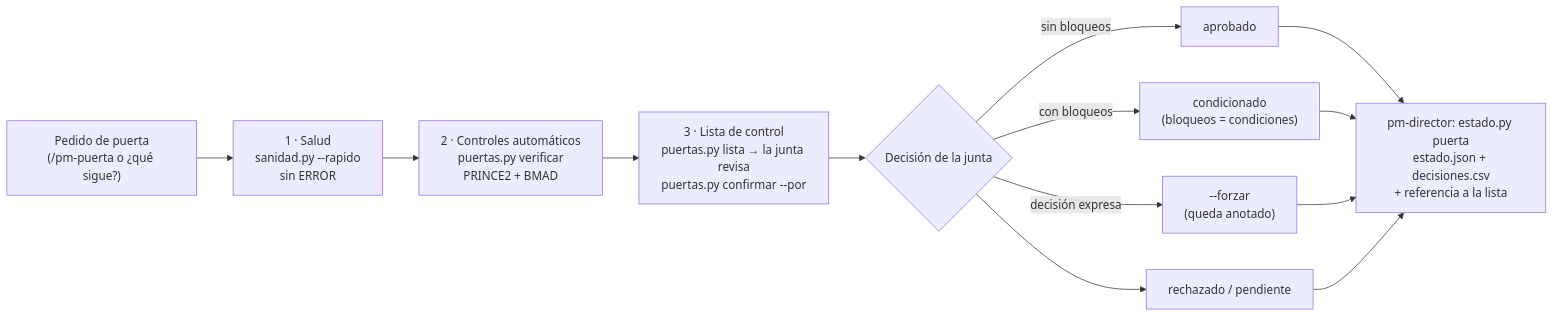
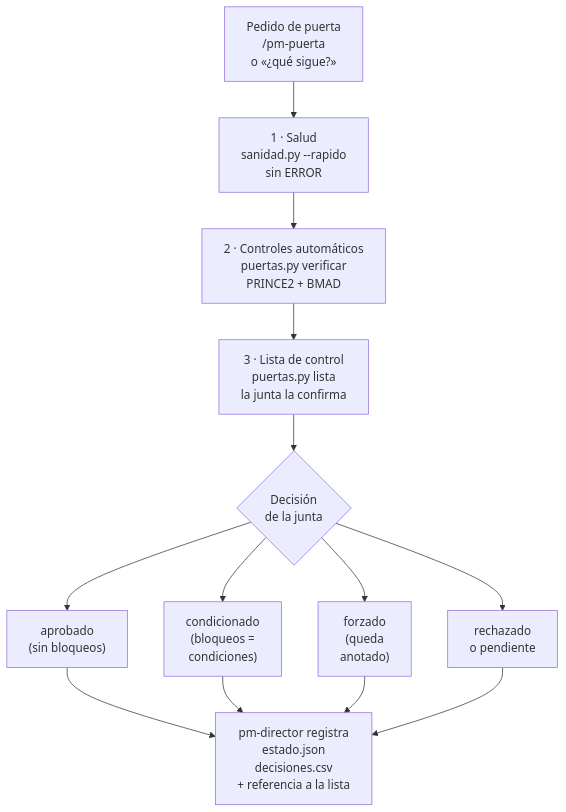
One commit to Arturo-Penas-Rial/pm-method changed the second of 2 diagrams in docs/PUERTAS.md. Above: the diagram before and after it, drawn with Mermaid. The commit also changed 52 other files, not shown here.

Commit message:
pm-method 2.1.0: guías E2E para el usuario, prompts y entradas/salidas en los casos, diagramas legibles

````diff
--- a/docs/PUERTAS.md
+++ b/docs/PUERTAS.md
@@ -53,12 +53,16 @@
 ```mermaid
-flowchart LR
-    pide["Pedido de puerta<br/>(/pm-puerta o ¿qué sigue?)"] --> c1["1 · Salud<br/>sanidad.py --rapido<br/>sin ERROR"]
-    c1 --> c2["2 · Controles automáticos<br/>puertas.py verificar<br/>PRINCE2 + BMAD"]
-    c2 --> c3["3 · Lista de control<br/>puertas.py lista → la junta revisa<br/>puertas.py confirmar --por"]
-    c3 --> dec{"Decisión de la junta"}
-    dec -- "sin bloqueos" --> ap["aprobado"]
-    dec -- "con bloqueos" --> co["condicionado<br/>(bloqueos = condiciones)"]
-    dec -- "decisión expresa" --> fz["--forzar<br/>(queda anotado)"]
-    dec --> re["rechazado / pendiente"]
-    ap & co & fz & re --> reg["pm-director: estado.py puerta<br/>estado.json + decisiones.csv<br/>+ referencia a la lista"]
+flowchart TB
+    pide["Pedido de puerta<br/>/pm-puerta<br/>o «¿qué sigue?»"]
+    c1["1 · Salud<br/>sanidad.py --rapido<br/>sin ERROR"]
+    c2["2 · Controles automáticos<br/>puertas.py verificar<br/>PRINCE2 + BMAD"]
+    c3["3 · Lista de control<br/>puertas.py lista<br/>la junta la confirma"]
+    dec{"Decisión<br/>de la junta"}
+    ap["aprobado<br/>(sin bloqueos)"]
+    co["condicionado<br/>(bloqueos =<br/>condiciones)"]
+    fz["forzado<br/>(queda<br/>anotado)"]
+    re["rechazado<br/>o pendiente"]
+    reg["pm-director registra<br/>estado.json<br/>decisiones.csv<br/>+ referencia a la lista"]
+    pide --> c1 --> c2 --> c3 --> dec
+    dec --> ap & co & fz & re
+    ap & co & fz & re --> reg
 ```
````
